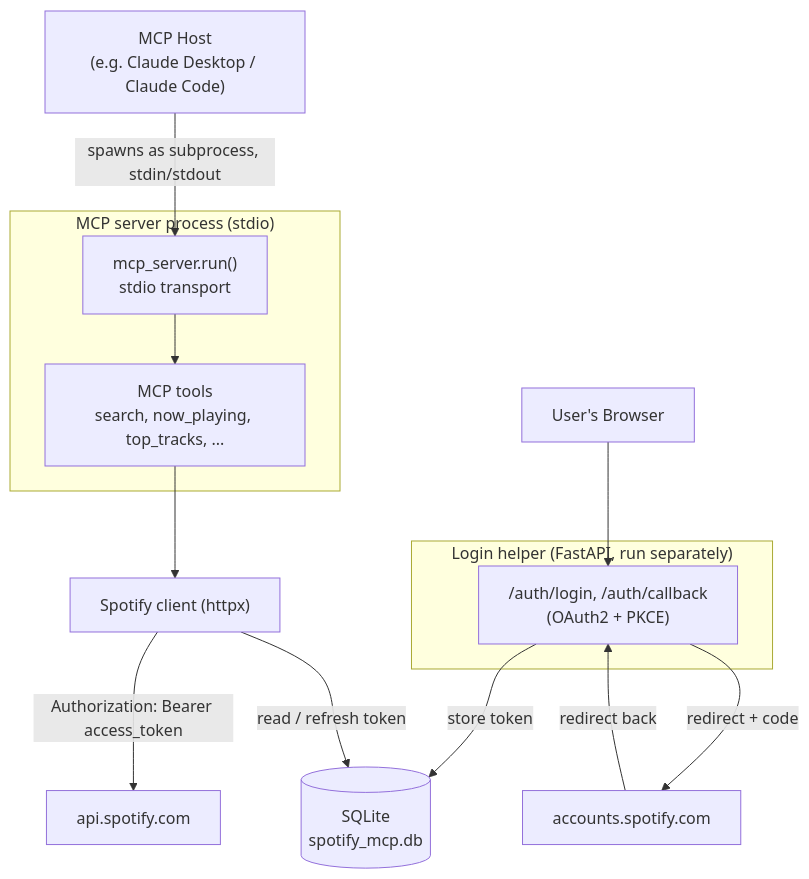
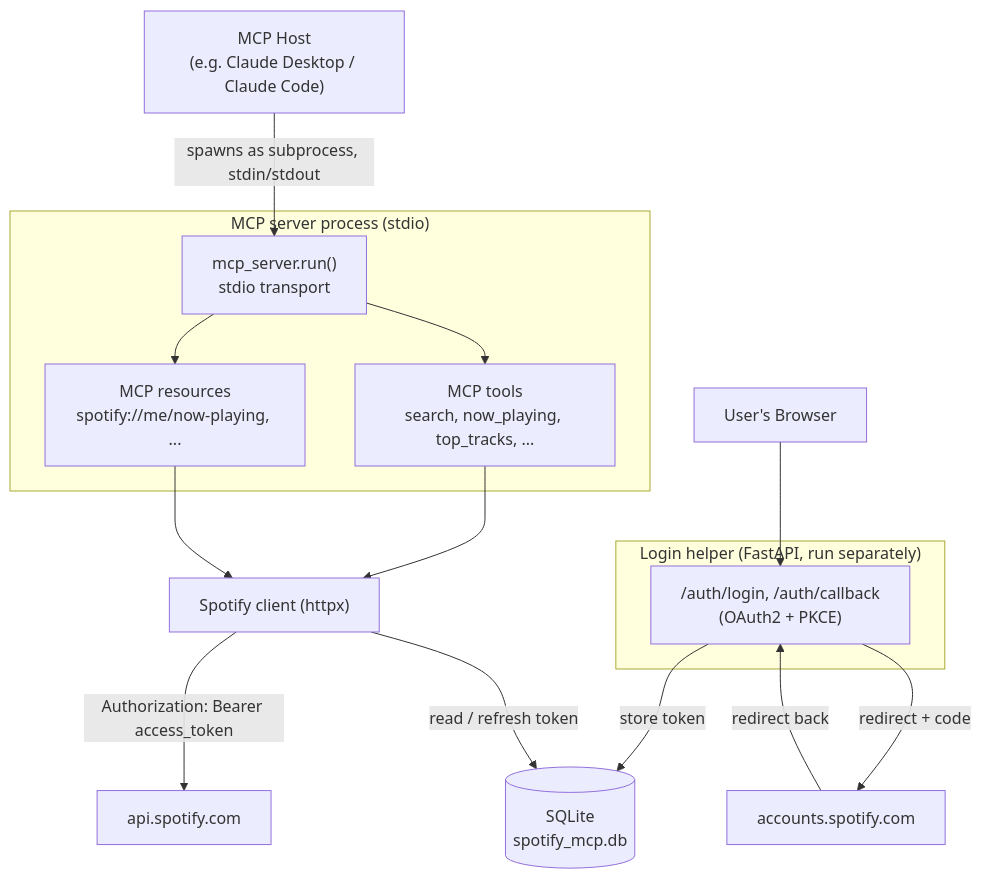
One commit to Pacolias/spotify-mcp changed the diagram in README.md. Above: the diagram before and after it, drawn with Mermaid. The commit also changed other lines of this file, not shown here.

Commit message:
docs: document MCP resources in README (How it works, diagram, table), fix stale stdio_server reference

````diff
--- a/README.md
+++ b/README.md
@@ -18,31 +18,34 @@
 ```mermaid
 graph TD
     Host["MCP Host<br/>(e.g. Claude Desktop / Claude Code)"]
     Browser["User's Browser"]
 
     subgraph Stdio["MCP server process (stdio)"]
         MCPServer["mcp_server.run()<br/>stdio transport"]
         Tools["MCP tools<br/>search, now_playing, top_tracks, ..."]
+        Resources["MCP resources<br/>spotify://me/now-playing, ..."]
     end
 
     subgraph LoginApp["Login helper (FastAPI, run separately)"]
         AuthRoutes["/auth/login, /auth/callback<br/>(OAuth2 + PKCE)"]
     end
 
     SpotifyClient["Spotify client (httpx)"]
     DB[("SQLite<br/>spotify_mcp.db")]
     SpotifyAPI["api.spotify.com"]
     SpotifyAuth["accounts.spotify.com"]
 
     Host -->|"spawns as subprocess, stdin/stdout"| MCPServer
     MCPServer --> Tools
+    MCPServer --> Resources
     Tools --> SpotifyClient
+    Resources --> SpotifyClient
 
     Browser --> AuthRoutes
     AuthRoutes -->|"redirect + code"| SpotifyAuth
     SpotifyAuth -->|"redirect back"| AuthRoutes
     AuthRoutes -->|"store token"| DB
 
     SpotifyClient -->|"read / refresh token"| DB
     SpotifyClient -->|"Authorization: Bearer access_token"| SpotifyAPI
 ```
````
